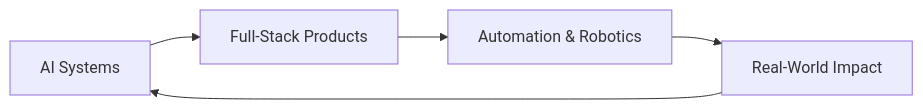
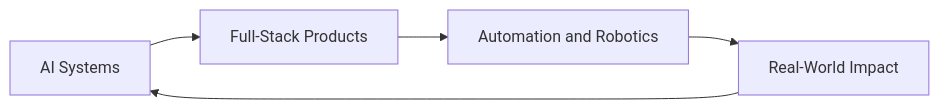
One commit to NineNatthanarong/NineNatthanarong changed the diagram in README.md. Above: the diagram before and after it, drawn with Mermaid. The commit also changed other lines of this file and 1 other file, not shown here.

````diff
--- a/README.md
+++ b/README.md
@@ -52,7 +76,7 @@
 ```mermaid
 flowchart LR
-    A[AI Systems] --> B[Full-Stack Products]
-    B --> C[Automation & Robotics]
-    C --> D[Real-World Impact]
-    D --> A
+    AI[AI Systems] --> Product[Full-Stack Products]
+    Product --> Auto[Automation and Robotics]
+    Auto --> Impact[Real-World Impact]
+    Impact --> AI
 ```
````
